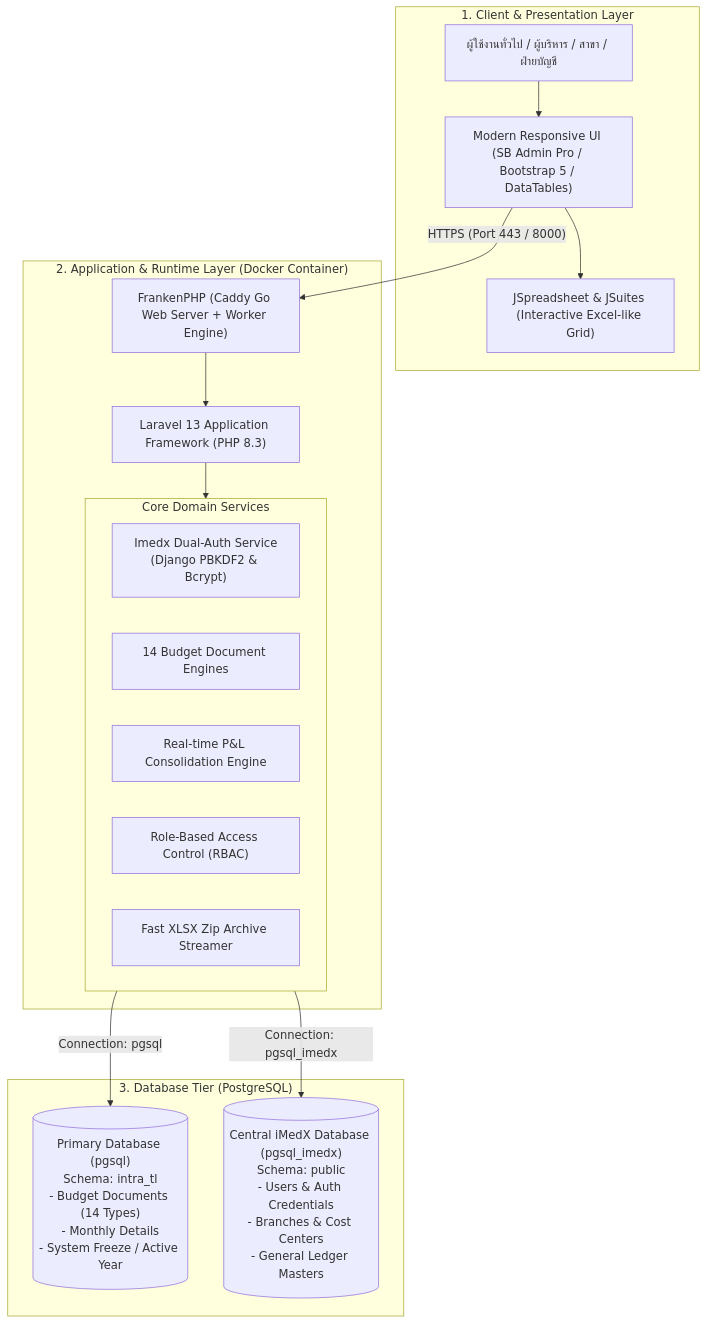
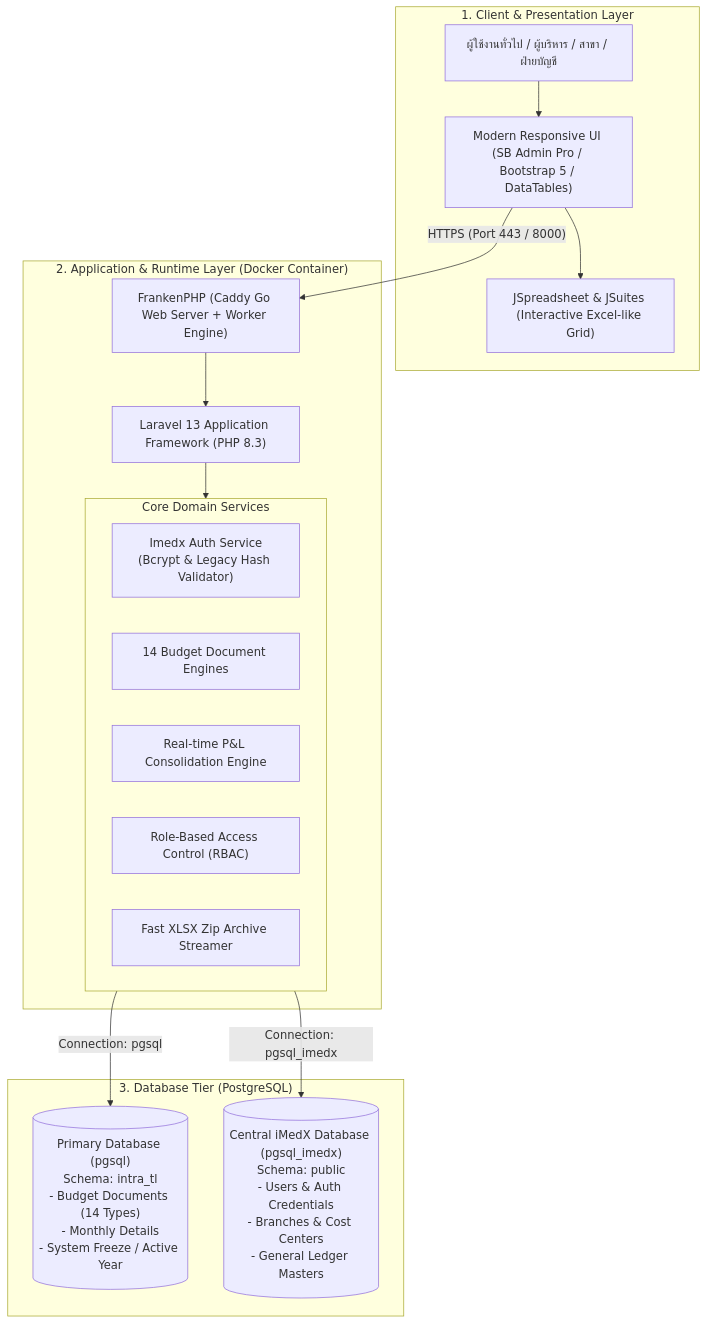
One commit to oat2535/E-Budget-PHP changed the diagram in PROJECT_DETAILS.md. Above: the diagram before and after it, drawn with Mermaid. The commit also changed other lines of this file and 4 other files, not shown here.

Commit message:
chore: decommission Python Django framework and clean legacy database aliases

````diff
--- a/PROJECT_DETAILS.md
+++ b/PROJECT_DETAILS.md
@@ -20,35 +20,35 @@
 ```mermaid
 flowchart TD
     subgraph ClientTier ["1. Client & Presentation Layer"]
         User["ผู้ใช้งานทั่วไป / ผู้บริหาร / สาขา / ฝ่ายบัญชี"]
         UI["Modern Responsive UI (SB Admin Pro / Bootstrap 5 / DataTables)"]
         Grid["JSpreadsheet & JSuites (Interactive Excel-like Grid)"]
         User --> UI
         UI --> Grid
     end
 
     subgraph AppTier ["2. Application & Runtime Layer (Docker Container)"]
         FPHP["FrankenPHP (Caddy Go Web Server + Worker Engine)"]
         L13["Laravel 13 Application Framework (PHP 8.3)"]
         
         subgraph CoreServices ["Core Domain Services"]
-            AuthSvc["Imedx Dual-Auth Service<br/>(Django PBKDF2 & Bcrypt)"]
+            AuthSvc["Imedx Auth Service<br/>(Bcrypt & Legacy Hash Validator)"]
             DocSvc["14 Budget Document Engines"]
             DashSvc["Real-time P&L Consolidation Engine"]
             RoleSvc["Role-Based Access Control (RBAC)"]
             ExportSvc["Fast XLSX Zip Archive Streamer"]
         end
         
         FPHP --> L13
         L13 --> CoreServices
     end
 
     subgraph DataTier ["3. Database Tier (PostgreSQL)"]
         MainDB[("Primary Database (pgsql)<br/>Schema: intra_tl<br/>- Budget Documents (14 Types)<br/>- Monthly Details<br/>- System Freeze / Active Year")]
         ImedxDB[("Central iMedX Database (pgsql_imedx)<br/>Schema: public<br/>- Users & Auth Credentials<br/>- Branches & Cost Centers<br/>- General Ledger Masters")]
     end
 
     UI -->|"HTTPS (Port 443 / 8000)"| FPHP
     CoreServices -->|"Connection: pgsql"| MainDB
     CoreServices -->|"Connection: pgsql_imedx"| ImedxDB
 ```
````
